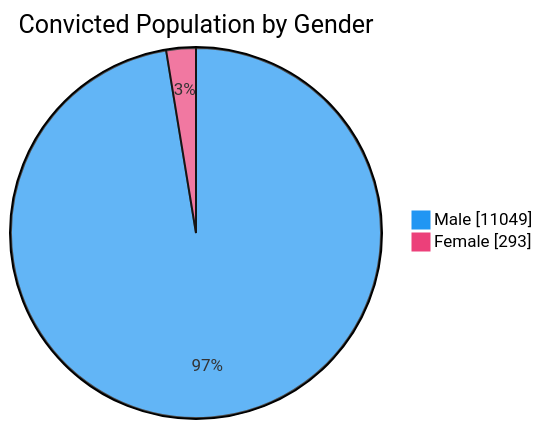
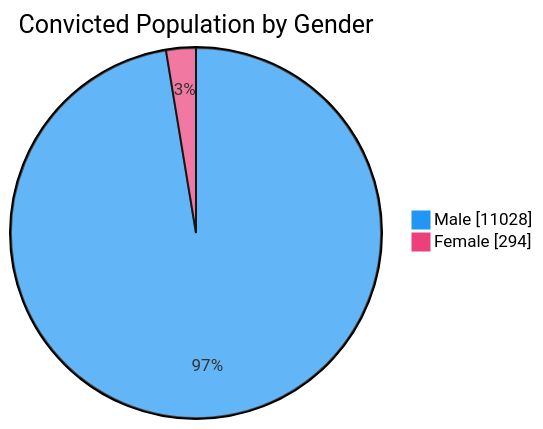
The third of 7 diagrams in README.md (nuuuwan/lk_prisons), drawn with Mermaid before and after one commit. The commit also changed other lines of this file and 1 other file, not shown here.

````diff
--- a/README.md
+++ b/README.md
@@ -65,6 +65,6 @@
 ```mermaid
 %%{init: {'themeVariables': {'pie1': '#2196F3', 'pie2': '#EC407A'}}}%%
 pie showData title Convicted Population by Gender
-    "Male" : 11049
-    "Female" : 293
+    "Male" : 11028
+    "Female" : 294
 ```
````
